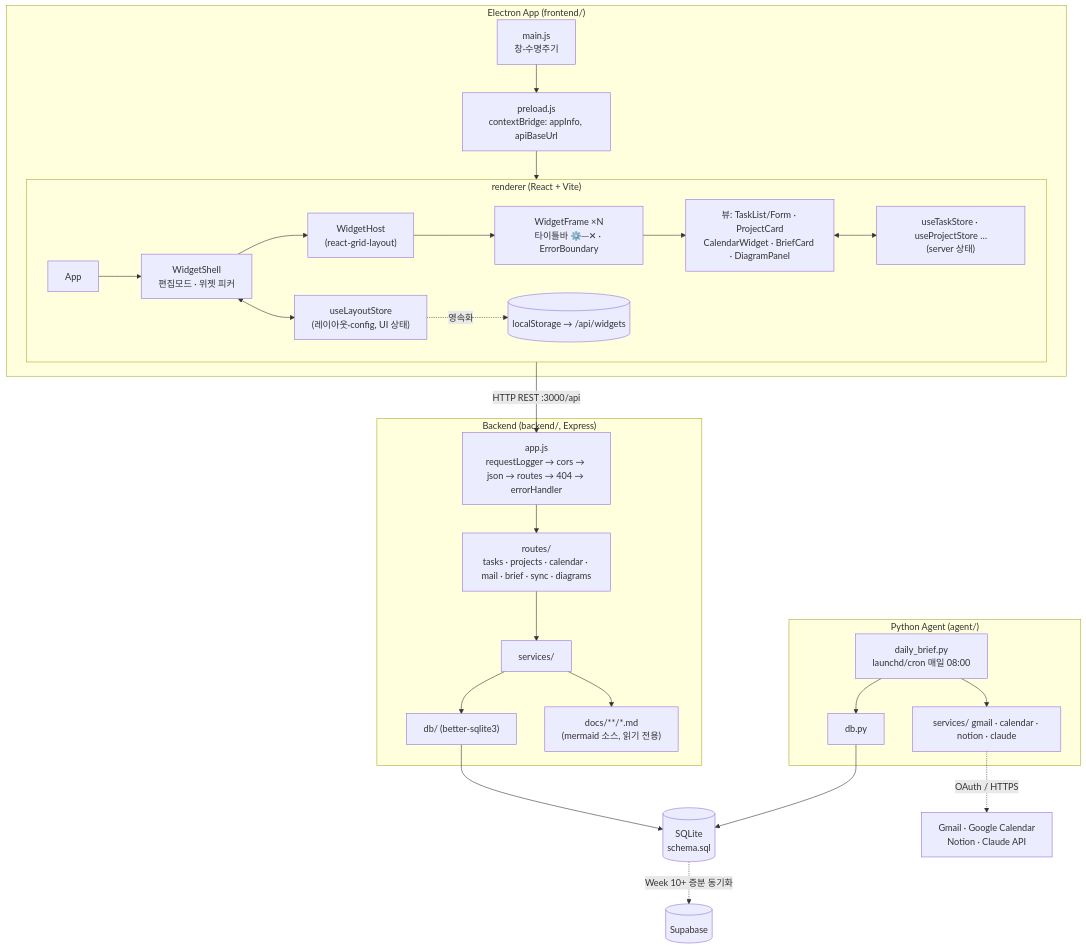
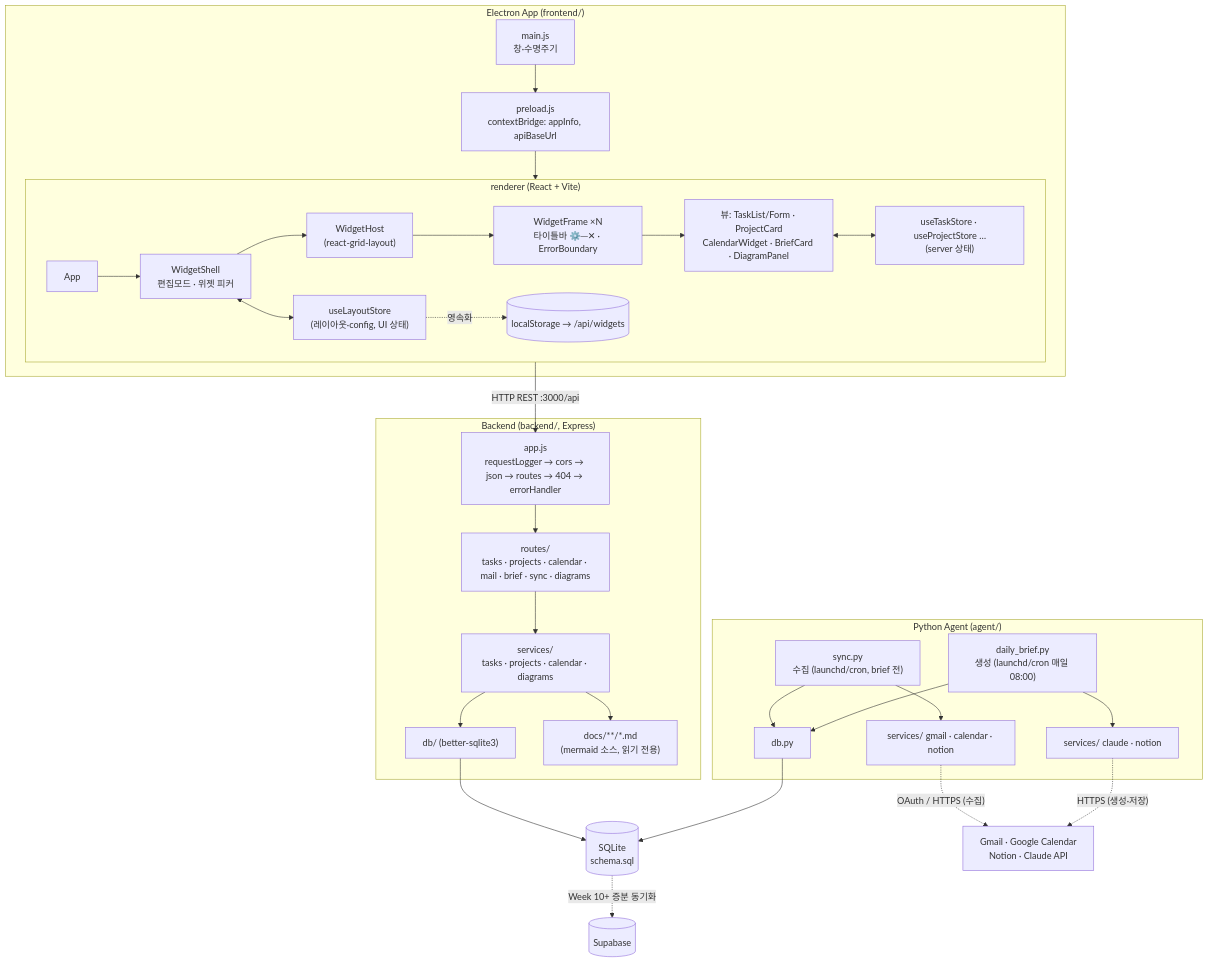
The first of 4 diagrams in docs/product/architecture/DESIGN.md (gamercross/my-setup-proj), drawn with Mermaid before and after one commit. The commit also changed other lines of this file and 9 other files, not shown here.

First line of the commit message:
docs: NFR-REL-03 종료 정책 개정 + 서비스 계층 + 다이어그램 정합

````diff
--- a/docs/product/architecture/DESIGN.md
+++ b/docs/product/architecture/DESIGN.md
@@ -70,39 +71,43 @@
 ```mermaid
 flowchart TB
   subgraph EL["Electron App (frontend/)"]
     MAIN["main.js<br/>창·수명주기"]
     PRE["preload.js<br/>contextBridge: appInfo, apiBaseUrl"]
     subgraph R["renderer (React + Vite)"]
       APP["App"] --> SHELL["WidgetShell<br/>편집모드 · 위젯 피커"]
       SHELL --> HOST["WidgetHost<br/>(react-grid-layout)"]
       HOST --> WF["WidgetFrame ×N<br/>타이틀바 ⚙️─✕ · ErrorBoundary"]
       WF --> VIEWS["뷰: TaskList/Form · ProjectCard<br/>CalendarWidget · BriefCard · DiagramPanel"]
       SHELL <--> LS["useLayoutStore<br/>(레이아웃·config, UI 상태)"]
       VIEWS <--> DS["useTaskStore · useProjectStore …<br/>(server 상태)"]
       LS -. 영속화 .-> PERSIST[("localStorage → /api/widgets")]
     end
     MAIN --> PRE --> R
   end
 
   subgraph BE["Backend (backend/, Express)"]
     SRV["app.js<br/>requestLogger → cors → json → routes → 404 → errorHandler"]
     SRV --> RT["routes/<br/>tasks · projects · calendar · mail · brief · sync · diagrams"]
-    RT --> SVC["services/"]
+    RT --> SVC["services/<br/>tasks · projects · calendar · diagrams"]
     SVC --> DBM["db/ (better-sqlite3)"]
     SVC --> DOCS["docs/**/*.md<br/>(mermaid 소스, 읽기 전용)"]
   end
 
   subgraph AG["Python Agent (agent/)"]
-    DB2["daily_brief.py<br/>launchd/cron 매일 08:00"]
-    DB2 --> GS["services/ gmail · calendar · notion · claude"]
-    DB2 --> ADB["db.py"]
+    SY["sync.py<br/>수집 (launchd/cron, brief 전)"]
+    DB2["daily_brief.py<br/>생성 (launchd/cron 매일 08:00)"]
+    SY --> GS["services/ gmail · calendar · notion"]
+    DB2 --> CLS["services/ claude · notion"]
+    SY --> ADB["db.py"]
+    DB2 --> ADB
   end
 
   SQLITE[("SQLite<br/>schema.sql")]
 
   R -- "HTTP REST :3000/api" --> SRV
   DBM --> SQLITE
   ADB --> SQLITE
-  GS -. "OAuth / HTTPS" .-> EXT["Gmail · Google Calendar<br/>Notion · Claude API"]
+  GS -. "OAuth / HTTPS (수집)" .-> EXT["Gmail · Google Calendar<br/>Notion · Claude API"]
+  CLS -. "HTTPS (생성·저장)" .-> EXT
   SQLITE -. "Week 10+ 증분 동기화" .-> SUPA[("Supabase")]
 ```
````
